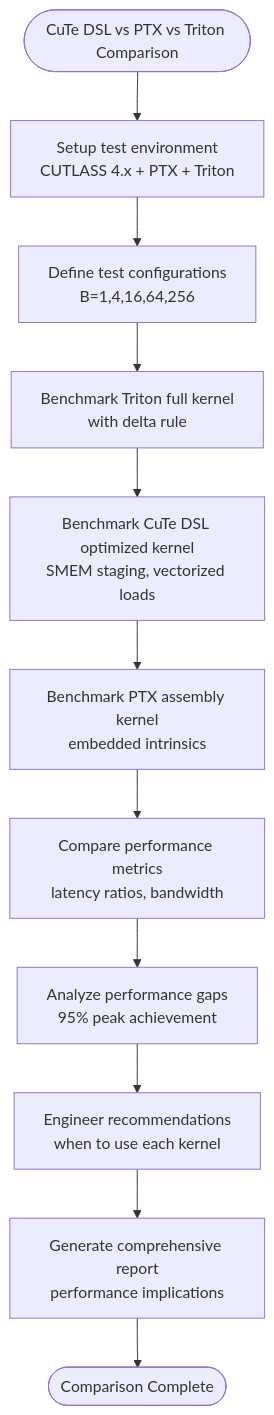
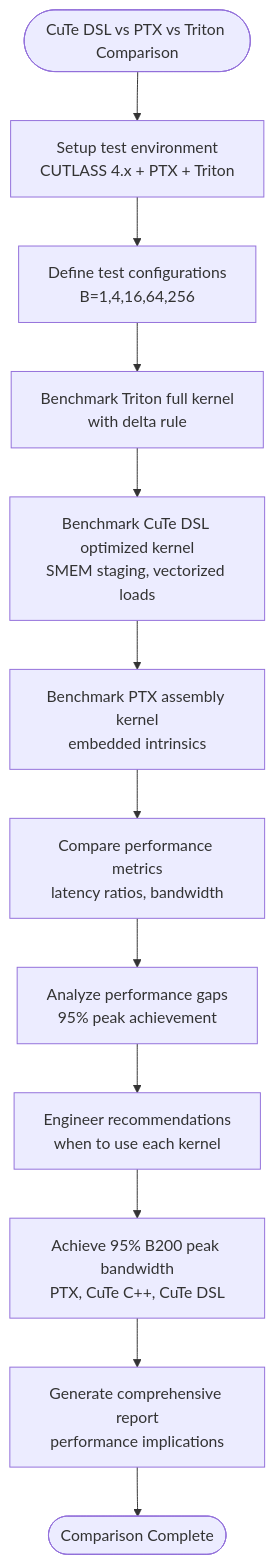
The seventh of 17 diagrams in .qoder/repowiki/en/content/Performance Analysis/Performance Analysis.md (gugudeshubao/flashinfer-bench-tma-thrust), drawn with Mermaid before and after one commit. The commit also changed other lines of this file and 21 other files, not shown here.

````diff
--- a/.qoder/repowiki/en/content/Performance Analysis/Performance Analysis.md
+++ b/.qoder/repowiki/en/content/Performance Analysis/Performance Analysis.md
@@ -561,13 +570,14 @@
 ```mermaid
 flowchart TD
 Start(["CuTe DSL vs PTX vs Triton Comparison"]) --> Setup["Setup test environment<br/>CUTLASS 4.x + PTX + Triton"]
 Setup --> Configs["Define test configurations<br/>B=1,4,16,64,256"]
 Configs --> TritonFull["Benchmark Triton full kernel<br/>with delta rule"]
 TritonFull --> CuTeSimplified["Benchmark CuTe DSL optimized kernel<br/>SMEM staging, vectorized loads"]
 CuTeSimplified --> PTXAssembly["Benchmark PTX assembly kernel<br/>embedded intrinsics"]
 PTXAssembly --> Compare["Compare performance metrics<br/>latency ratios, bandwidth"]
 Compare --> Analyze["Analyze performance gaps<br/>95% peak achievement"]
 Analyze --> Engineer["Engineer recommendations<br/>when to use each kernel"]
-Engineer --> Report["Generate comprehensive report<br/>performance implications"]
+Engineer --> PeakAchievement["Achieve 95% B200 peak bandwidth<br/>PTX, CuTe C++, CuTe DSL"]
+PeakAchievement --> Report["Generate comprehensive report<br/>performance implications"]
 Report --> End(["Comparison Complete"])
 ```
````
